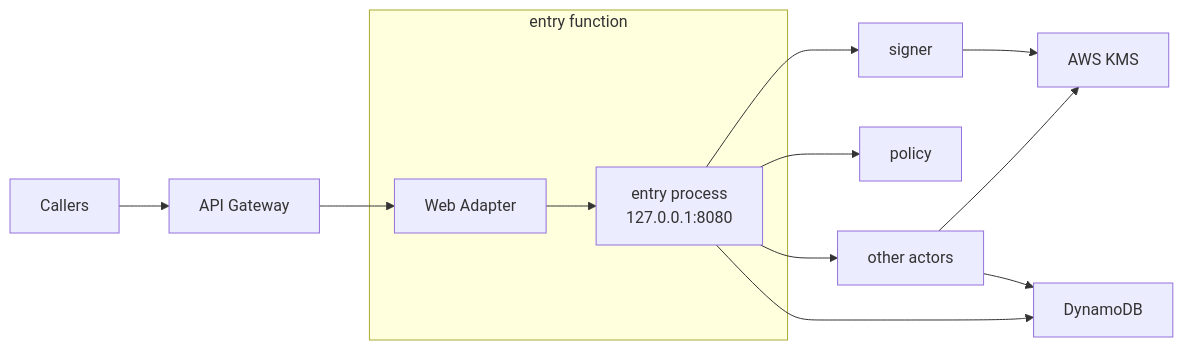
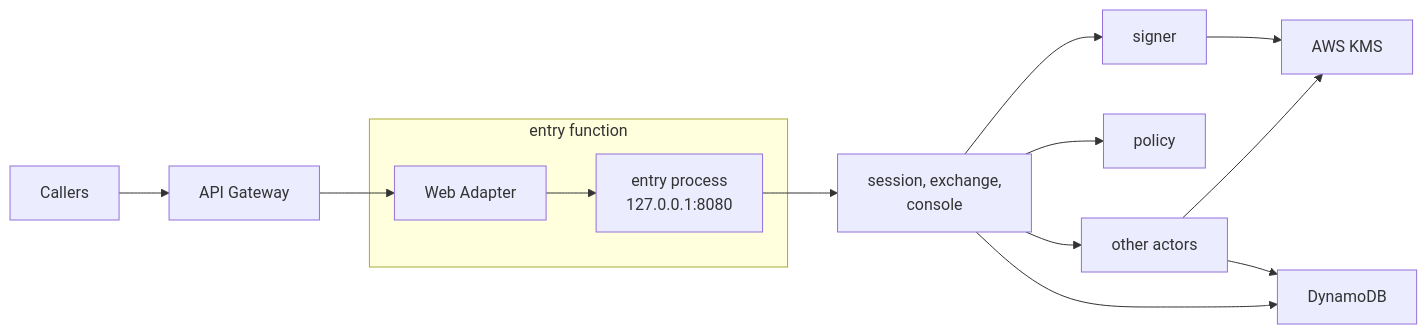
One commit to truvity/sluis changed the first of 2 diagrams in docs/runtimes/serverless.md. Above: the diagram before and after it, drawn with Mermaid. The commit also changed other lines of this file and 33 other files, not shown here.

````diff
--- a/docs/runtimes/serverless.md
+++ b/docs/runtimes/serverless.md
@@ -19,15 +19,16 @@
 ```mermaid
 flowchart LR
   user["Callers"] --> ep["API Gateway"]
   subgraph cn["entry function"]
     lwa["Web Adapter"] --> app["entry process<br/>127.0.0.1:8080"]
   end
   ep --> lwa
-  app --> signer["signer"]
-  app --> policy["policy"]
-  app --> others["other actors"]
+  app --> proto["session, exchange,<br/>console"]
+  proto --> signer["signer"]
+  proto --> policy["policy"]
+  proto --> others["other actors"]
   signer --> kms["AWS KMS"]
   others --> kms
-  app --> ddb["DynamoDB"]
+  proto --> ddb["DynamoDB"]
   others --> ddb
 ```
````
